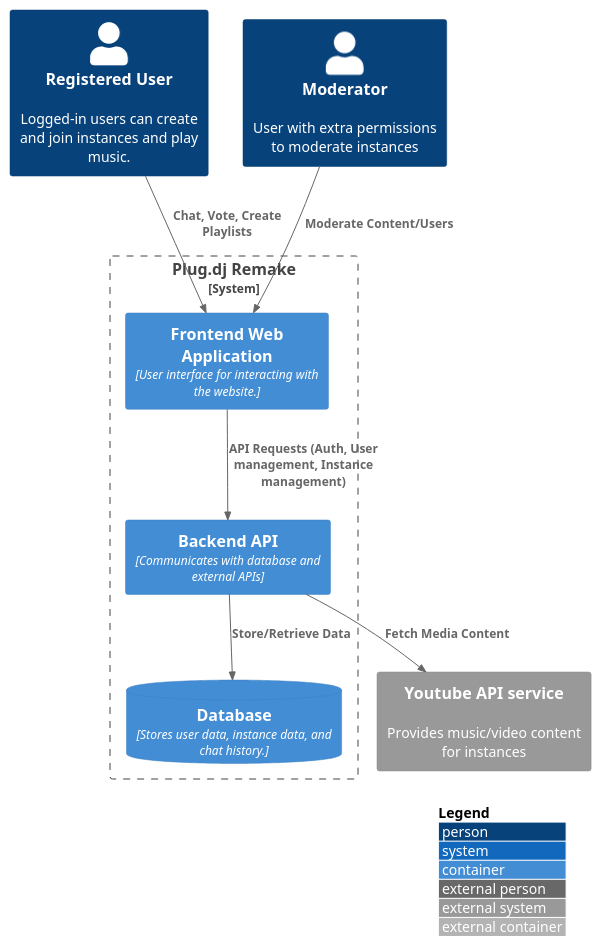
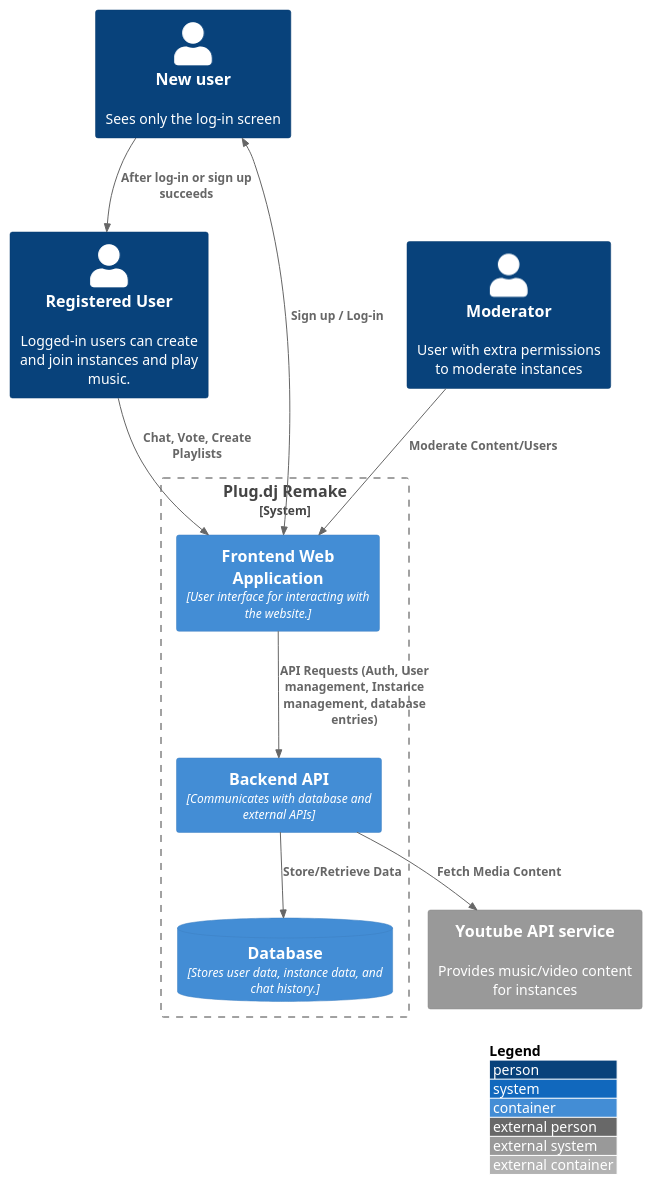
The diagram in design.md (Tamaaraa/sax.dj), drawn with PlantUML before and after one commit. The commit also changed other lines of this file, not shown here.

````diff
--- a/design.md
+++ b/design.md
@@ -1,25 +12,28 @@
 ```plantuml
 @startuml C4_Elements
 !include https://raw.githubusercontent.com/plantuml-stdlib/C4-PlantUML/master/C4_Container.puml
 LAYOUT_WITH_LEGEND()
 
+Person(newuser, "New user", "Sees only the log-in screen")
 Person(user, "Registered User", "Logged-in users can create and join instances and play music.")
 Person(moderator, "Moderator", "User with extra permissions to moderate instances")
 
 System_Boundary(plugdj, "Plug.dj Remake") {
     Container(frontend, "Frontend Web Application", "User interface for interacting with the website.")
     Container(backend, "Backend API", "Communicates with database and external APIs")
     ContainerDb(db, "Database", "Stores user data, instance data, and chat history.")
 }
 
 
-System_Ext(stream, "Youtube API service", "Provides music/video content for instances")
+System_Ext(videoapi, "Youtube API service", "Provides music/video content for instances")
 
+BiRel(newuser, frontend, "Sign up / Log-in")
+Rel(newuser, user, "After log-in or sign up succeeds")
 Rel(user, frontend, "Chat, Vote, Create Playlists")
 Rel(moderator, frontend, "Moderate Content/Users")
 
-Rel(frontend, backend, "API Requests (Auth, User management, Instance management)")
+Rel(frontend, backend, "API Requests (Auth, User management, Instance management, database entries)")
 Rel(backend, db, "Store/Retrieve Data")
-Rel(backend, stream, "Fetch Media Content")
+Rel(backend, videoapi, "Fetch Media Content")
 @enduml
 ```
````
